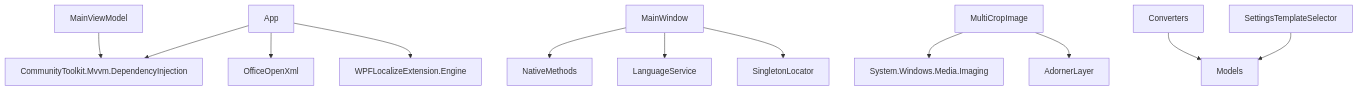
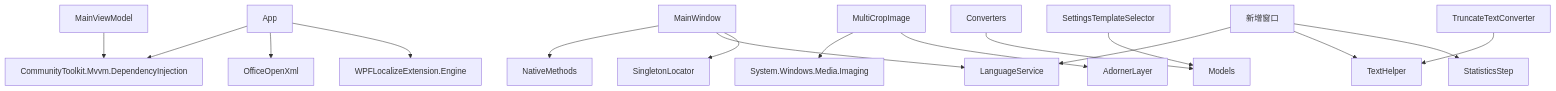
Diagram 13 of 13 in .qoder/repowiki/zh/content/用户界面系统/用户界面系统.md (yooxii/ShaoLuAuto), drawn with Mermaid before and after one commit. The commit also changed other lines of this file and 9 other files, not shown here.

````diff
--- a/.qoder/repowiki/zh/content/用户界面系统/用户界面系统.md
+++ b/.qoder/repowiki/zh/content/用户界面系统/用户界面系统.md
@@ -355,14 +578,18 @@
 ```mermaid
 graph TB
 App["App"] --> DI["CommunityToolkit.Mvvm.DependencyInjection"]
 App --> EPPlus["OfficeOpenXml"]
 App --> Lex["WPFLocalizeExtension.Engine"]
 MW["MainWindow"] --> Win32["NativeMethods"]
 MW --> Lang["LanguageService"]
 MW --> SL["SingletonLocator"]
 VM["MainViewModel"] --> DI
 MC["MultiCropImage"] --> Imaging["System.Windows.Media.Imaging"]
 MC --> Adorner["AdornerLayer"]
 Conv["Converters"] --> Models["Models"]
 Sel["SettingsTemplateSelector"] --> Models
+NEW_CONV["TruncateTextConverter"] --> Utils["TextHelper"]
+NEW_WIN["新增窗口"] --> Lang
+NEW_WIN --> Utils
+NEW_WIN --> STATS["StatisticsStep"]
 ```
````
